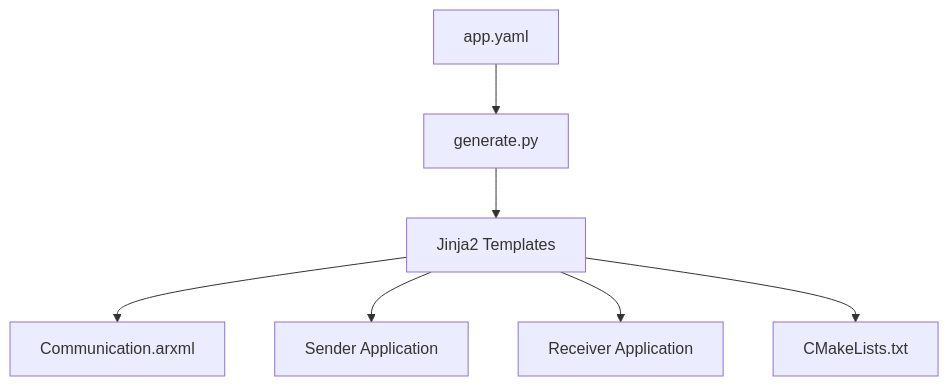
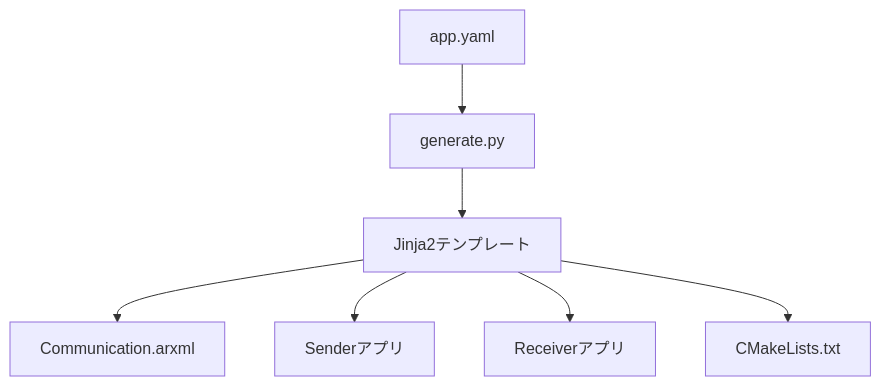
One commit to sekiya-mukai/arxml-parser-demo changed the first of 4 diagrams in README.md. Above: the diagram before and after it, drawn with Mermaid. The commit also changed other lines of this file, not shown here.

````diff
--- a/README.md
+++ b/README.md
@@ -32,20 +35,20 @@
 ```mermaid
 flowchart TD
 
     A["app.yaml"]
     B["generate.py"]
-    C["Jinja2 Templates"]
+    C["Jinja2テンプレート"]
 
     D["Communication.arxml"]
-    E["Sender Application"]
-    F["Receiver Application"]
+    E["Senderアプリ"]
+    F["Receiverアプリ"]
     G["CMakeLists.txt"]
 
     A --> B
     B --> C
 
     C --> D
     C --> E
     C --> F
     C --> G
 ```
````
